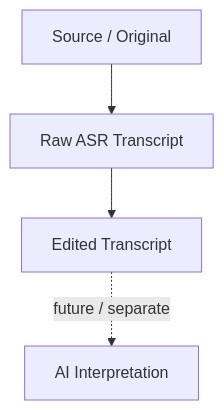
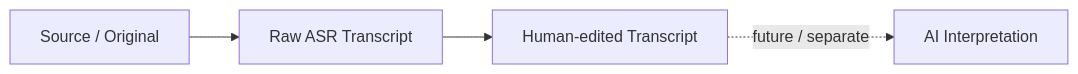
Before and after one commit to Zion8a/evidence-transcriber: the first of 2 diagrams in README.md, drawn with Mermaid. The commit also changed other lines of this file, not shown here.

````diff
--- a/README.md
+++ b/README.md
@@ -15,6 +32,6 @@
 ```mermaid
-flowchart TD
+flowchart LR
     A["Source / Original"] --> B["Raw ASR Transcript"]
-    B --> C["Edited Transcript"]
+    B --> C["Human-edited Transcript"]
     C -. "future / separate" .-> D["AI Interpretation"]
 ```
````
